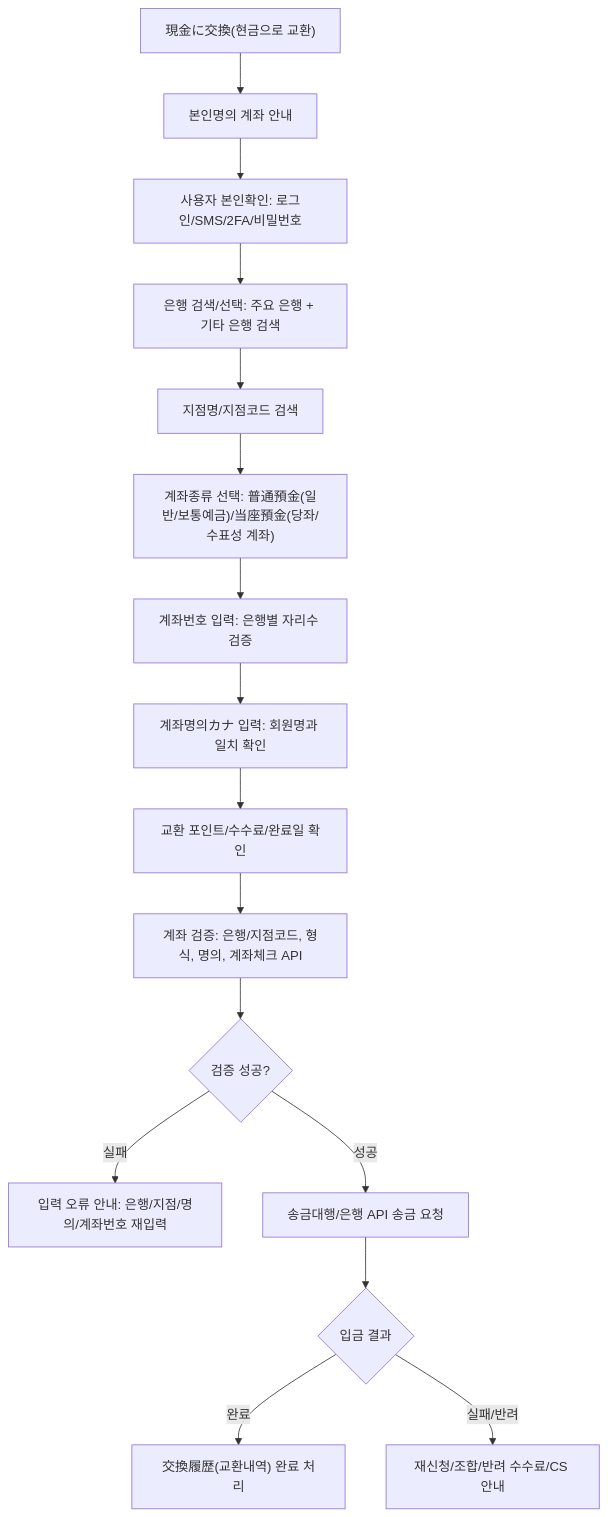
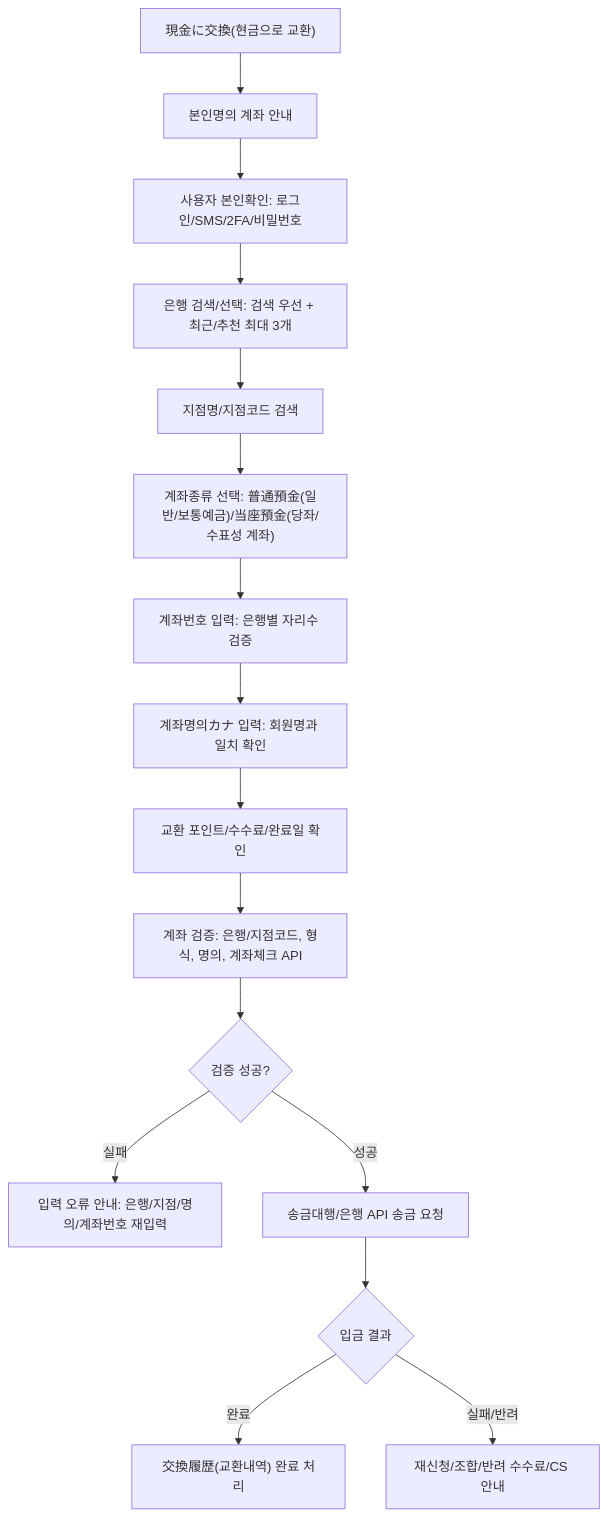
Diagram 11 of 11 in reports/japan-apptech-reward-bank-benchmark-report.md (dongwonlee222/golden-goose-report), drawn with Mermaid before and after one commit. The commit also changed other lines of this file and 1 other file, not shown here.

````diff
--- a/reports/japan-apptech-reward-bank-benchmark-report.md
+++ b/reports/japan-apptech-reward-bank-benchmark-report.md
@@ -382,18 +382,18 @@
 ```mermaid
 flowchart TD
   A["現金に交換(현금으로 교환)"] --> B["본인명의 계좌 안내"]
   B --> C["사용자 본인확인: 로그인/SMS/2FA/비밀번호"]
-  C --> D["은행 검색/선택: 주요 은행 + 기타 은행 검색"]
+  C --> D["은행 검색/선택: 검색 우선 + 최근/추천 최대 3개"]
   D --> E["지점명/지점코드 검색"]
   E --> F["계좌종류 선택: 普通預金(일반/보통예금)/当座預金(당좌/수표성 계좌)"]
   F --> G["계좌번호 입력: 은행별 자리수 검증"]
   G --> H["계좌명의カナ 입력: 회원명과 일치 확인"]
   H --> I["교환 포인트/수수료/완료일 확인"]
   I --> J["계좌 검증: 은행/지점코드, 형식, 명의, 계좌체크 API"]
   J --> K{"검증 성공?"}
   K -- "실패" --> L["입력 오류 안내: 은행/지점/명의/계좌번호 재입력"]
   K -- "성공" --> M["송금대행/은행 API 송금 요청"]
   M --> N{"입금 결과"}
   N -- "완료" --> O["交換履歴(교환내역) 완료 처리"]
   N -- "실패/반려" --> P["재신청/조합/반려 수수료/CS 안내"]
 ```
````
